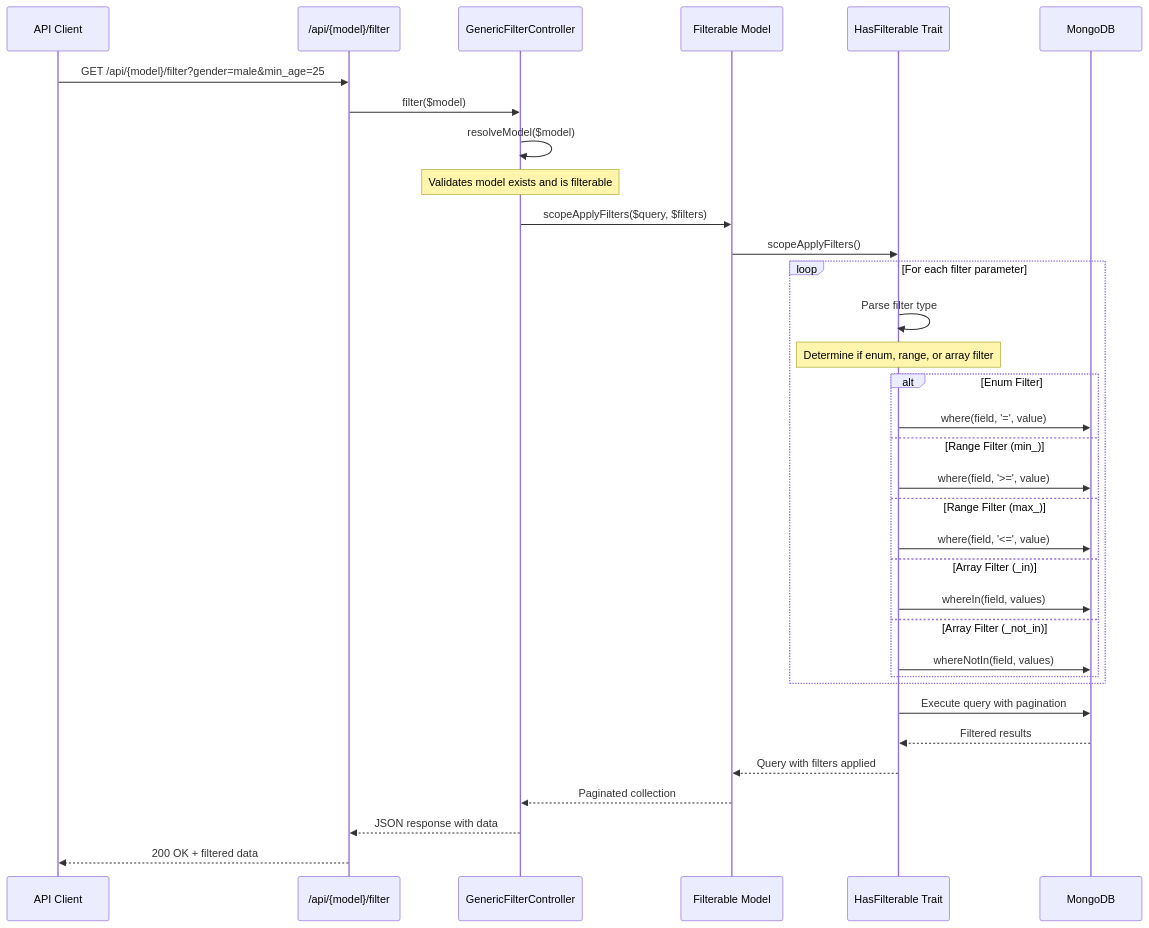
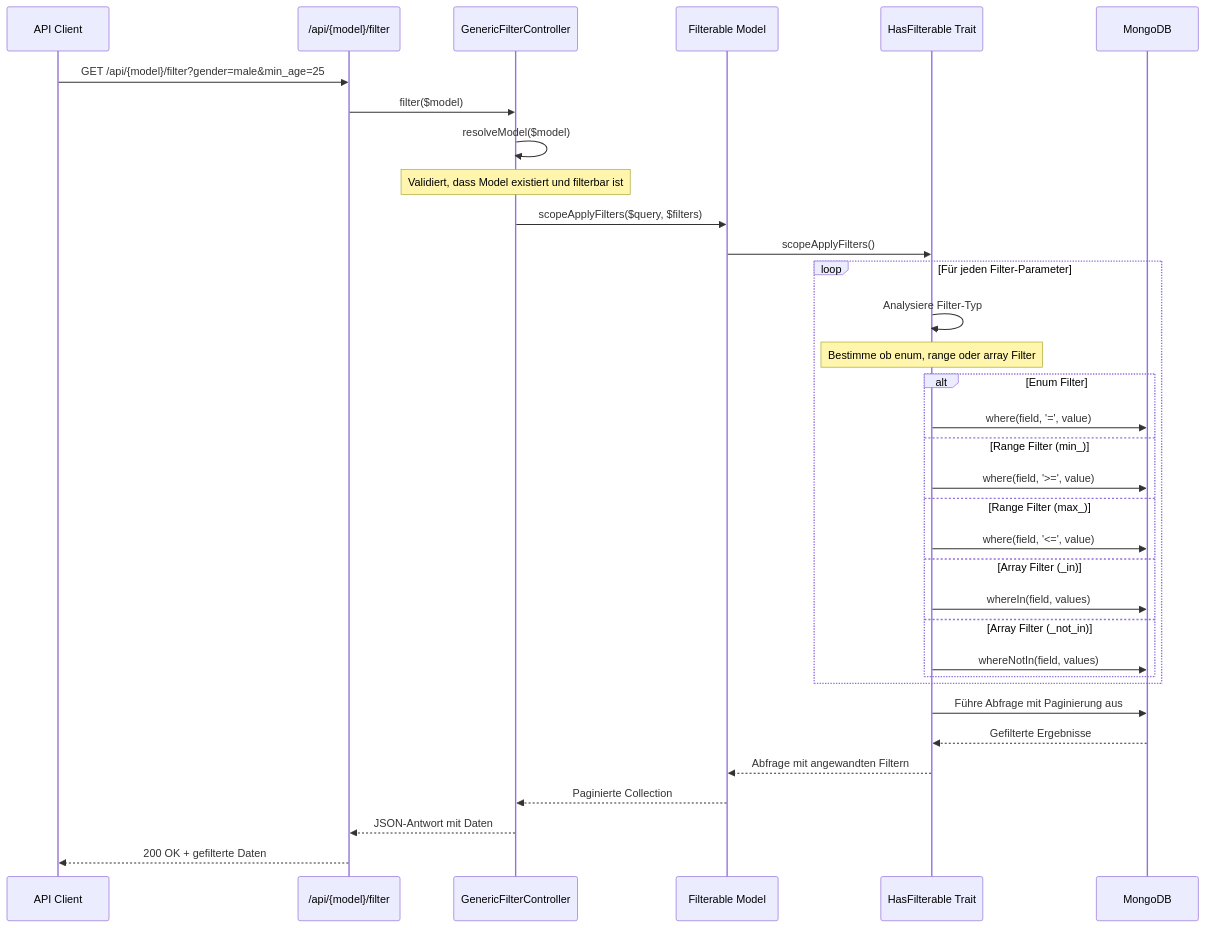
One commit to chrisoco/APDE_BE changed the second of 6 diagrams in docs/src/GenericFilter.md. Above: the diagram before and after it, drawn with Mermaid. The commit also changed other lines of this file and 14 other files, not shown here.

````diff
--- a/docs/src/GenericFilter.md
+++ b/docs/src/GenericFilter.md
@@ -48,42 +48,42 @@
 ```mermaid
 sequenceDiagram
     participant Client as API Client
     participant Route as /api/{model}/filter
     participant Controller as GenericFilterController
     participant Model as Filterable Model
     participant Trait as HasFilterable Trait
     participant DB as MongoDB
 
     Client->>Route: GET /api/{model}/filter?gender=male&min_age=25
     Route->>Controller: filter($model)
-    
+
     Controller->>Controller: resolveModel($model)
-    Note over Controller: Validates model exists and is filterable
-    
+    Note over Controller: Validiert, dass Model existiert und filterbar ist
+
     Controller->>Model: scopeApplyFilters($query, $filters)
     Model->>Trait: scopeApplyFilters()
-    
-    loop For each filter parameter
-        Trait->>Trait: Parse filter type
-        Note over Trait: Determine if enum, range, or array filter
-        
+
+    loop Für jeden Filter-Parameter
+        Trait->>Trait: Analysiere Filter-Typ
+        Note over Trait: Bestimme ob enum, range oder array Filter
+
         alt Enum Filter
             Trait->>DB: where(field, '=', value)
         else Range Filter (min_)
             Trait->>DB: where(field, '>=', value)
         else Range Filter (max_)
             Trait->>DB: where(field, '<=', value)
         else Array Filter (_in)
             Trait->>DB: whereIn(field, values)
         else Array Filter (_not_in)
             Trait->>DB: whereNotIn(field, values)
         end
     end
-    
-    Trait->>DB: Execute query with pagination
-    DB-->>Trait: Filtered results
-    Trait-->>Model: Query with filters applied
-    Model-->>Controller: Paginated collection
-    Controller-->>Route: JSON response with data
-    Route-->>Client: 200 OK + filtered data
+
+    Trait->>DB: Führe Abfrage mit Paginierung aus
+    DB-->>Trait: Gefilterte Ergebnisse
+    Trait-->>Model: Abfrage mit angewandten Filtern
+    Model-->>Controller: Paginierte Collection
+    Controller-->>Route: JSON-Antwort mit Daten
+    Route-->>Client: 200 OK + gefilterte Daten
 ```
````
